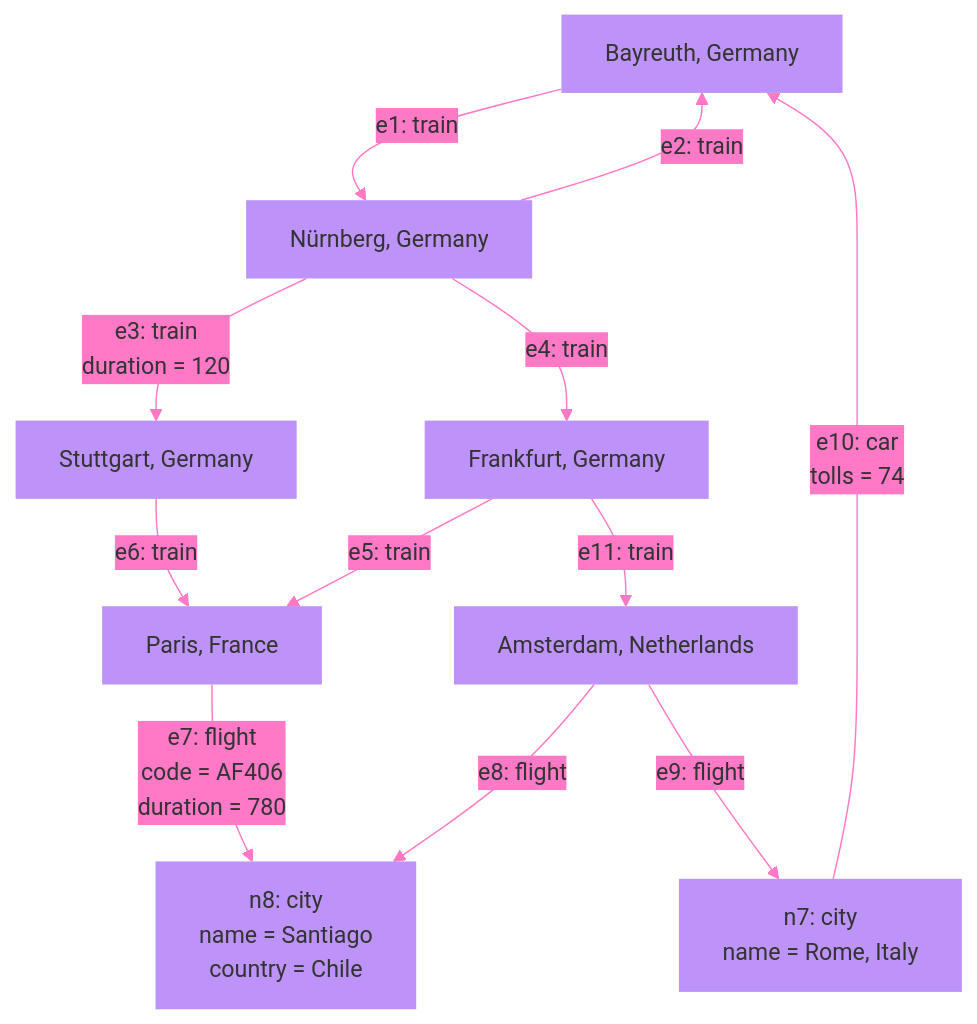
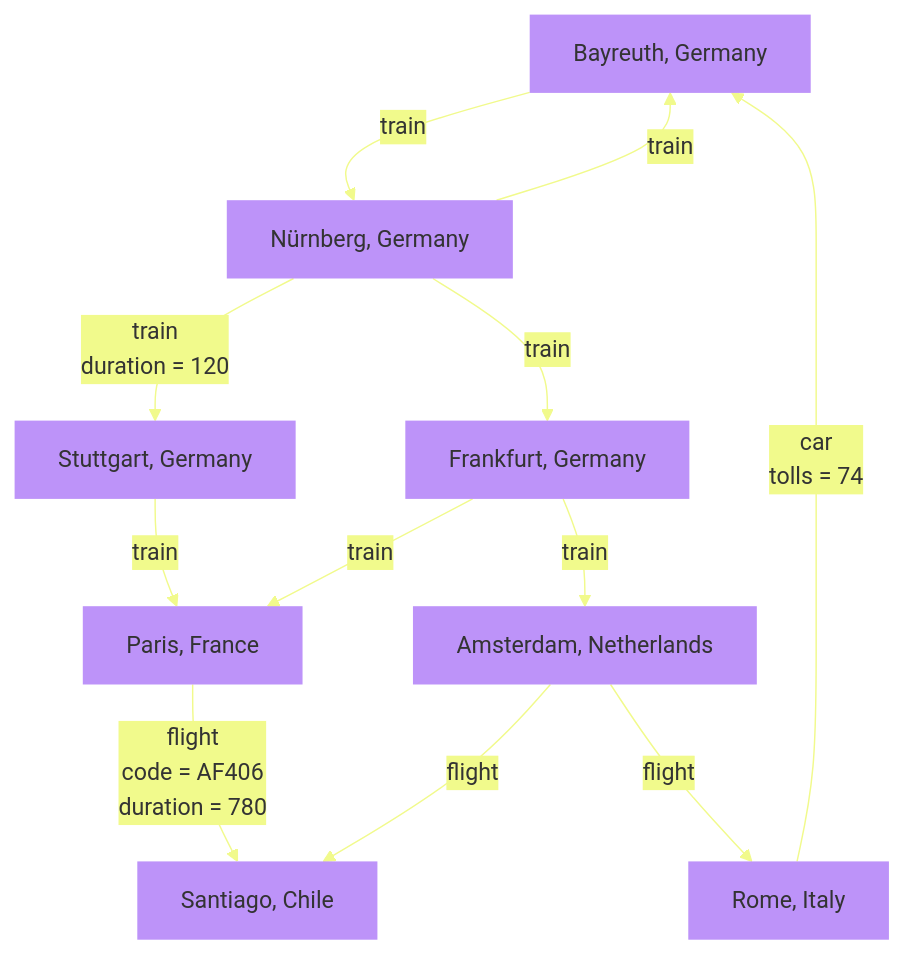
Before and after one commit to saqib-ali/docs: the diagram in docs/querying/for.mdx, drawn with Mermaid.

Commit message:
Documentation edits made through Mintlify web editor

````diff
--- a/docs/querying/for.mdx
+++ b/docs/querying/for.mdx
@@ -5,28 +5,28 @@
 ```mermaid
-%%{init: {'theme':'base', 'themeVariables': {'lineColor':'#FF79C6','secondaryColor':'#FF79C6','background':'#282A36'}}}%%
+%%{init: {'theme':'base', 'themeVariables': {'lineColor':'#F1FA8C','secondaryColor':'#F1FA8C','background':'#282A36'}}}%%
 graph TB
     n1[Bayreuth, Germany]
     n2[Nürnberg, Germany]
     n3[Stuttgart, Germany]
     n4[Frankfurt, Germany]
     n5[Paris, France]
     n6[Amsterdam, Netherlands]
-    n7[n7: city<br/>name = Rome, Italy]
-    n8[n8: city<br/>name = Santiago<br/>country = Chile]
-    n1 -->|e1: train| n2
-    n2 -->|e2: train| n1
-    n2 -->|e3: train<br/>duration = 120| n3
-    n2 -->|e4: train| n4
-    n4 -->|e5: train| n5
-    n3 -->|e6: train| n5
-    n5 -->|e7: flight<br/>code = AF406<br/>duration = 780| n8
-    n6 -->|e8: flight| n8
-    n6 -->|e9: flight| n7
-    n7 -->|e10: car<br/>tolls = 74| n1
-    n4 -->|e11: train| n6
+    n7[Rome, Italy]
+    n8[Santiago, Chile]
+    n1 -->|train| n2
+    n2 -->|train| n1
+    n2 -->|train <br/>duration = 120| n3
+    n2 -->|train| n4
+    n4 -->|train| n5
+    n3 -->|train| n5
+    n5 -->|flight<br/>code = AF406<br/>duration = 780| n8
+    n6 -->|flight| n8
+    n6 -->|flight| n7
+    n7 -->|car<br/>tolls = 74| n1
+    n4 -->|train| n6
 
 
     classDef cityNode fill:#BD93F9,stroke-width:0px
     class n1,n2,n3,n4,n5,n6,n7,n8 cityNode
     
 ```
````
